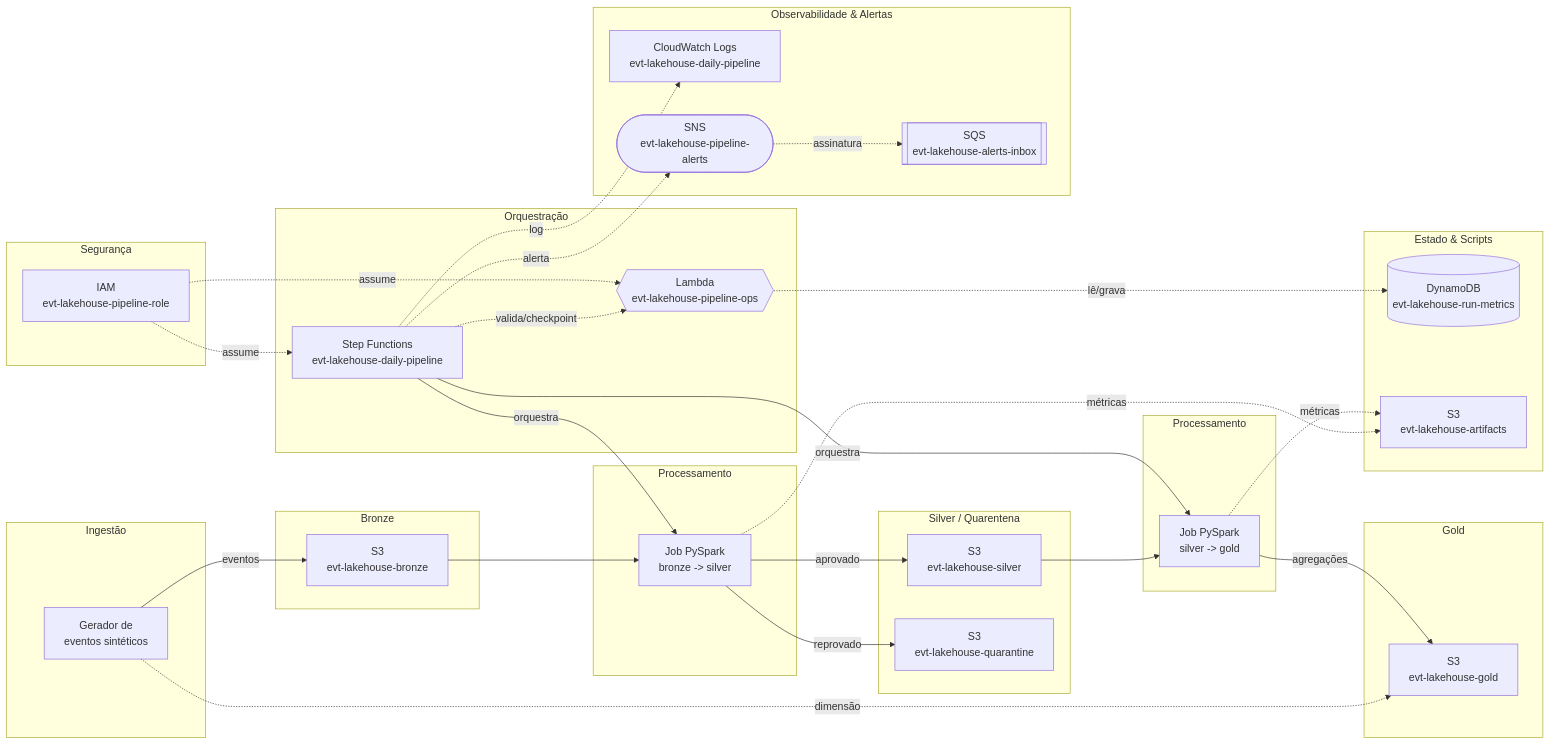
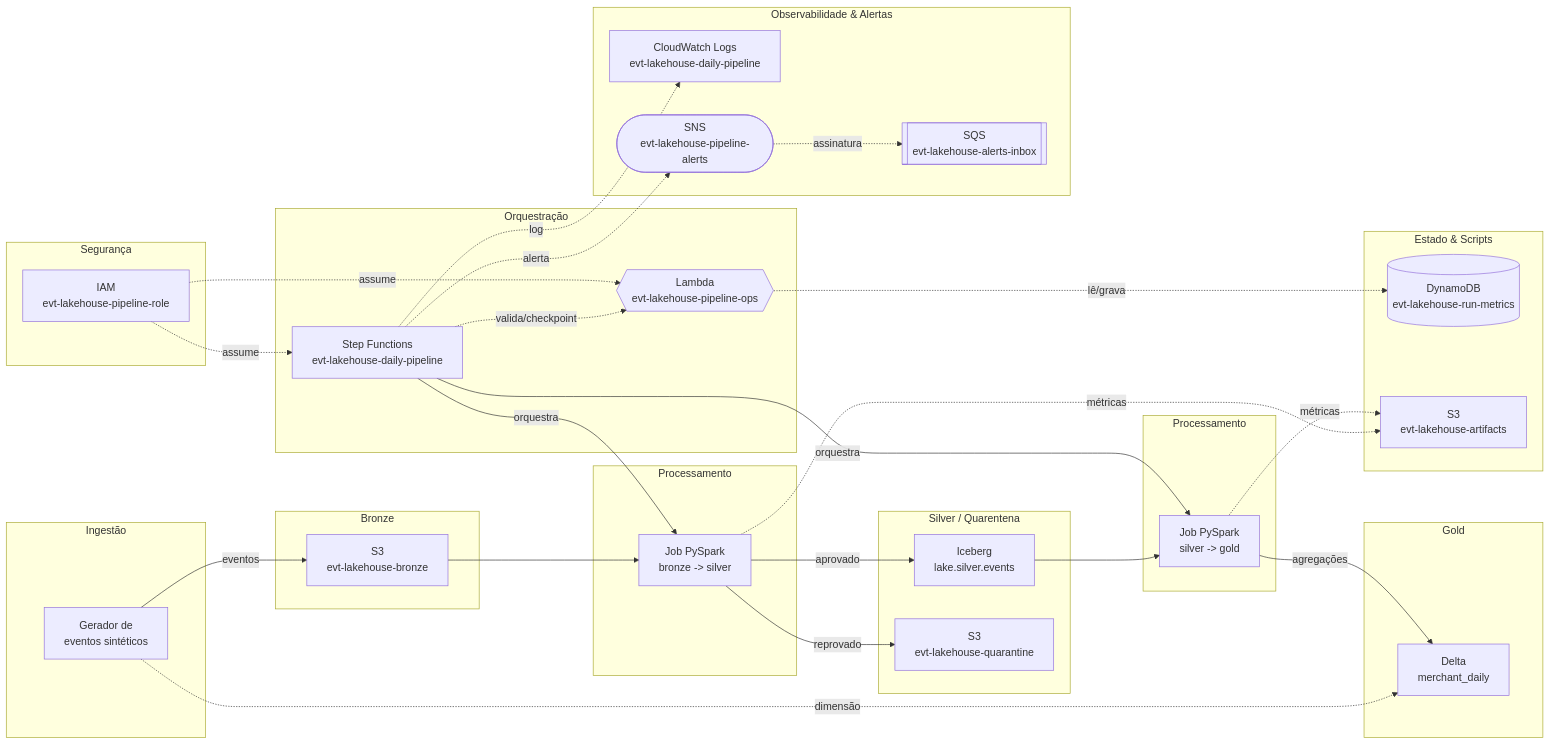
The diagram in README.md (carlosr-data2/lakehouse-de-eventos-de-pagamento-com-contrato-de-dados), drawn with Mermaid before and after one commit. The commit also changed other lines of this file and 18 other files, not shown here.

First line of the commit message:
Open Table Formats: silver em Iceberg, gold em Delta (ADR-010)

````diff
--- a/README.md
+++ b/README.md
@@ -16,68 +17,68 @@
 ```mermaid
 flowchart LR
     subgraph ingestao["Ingestão"]
         fonte["Gerador de<br/>eventos sintéticos"]
     end
 
     subgraph bronze_col["Bronze"]
         bronze["S3<br/>evt-lakehouse-bronze"]
     end
 
     subgraph proc1["Processamento"]
         job1["Job PySpark<br/>bronze -> silver"]
     end
 
     subgraph silver_col["Silver / Quarentena"]
-        silver["S3<br/>evt-lakehouse-silver"]
+        silver["Iceberg<br/>lake.silver.events"]
         quarantine["S3<br/>evt-lakehouse-quarantine"]
     end
 
     subgraph proc2["Processamento"]
         job2["Job PySpark<br/>silver -> gold"]
     end
 
     subgraph gold_col["Gold"]
-        gold["S3<br/>evt-lakehouse-gold"]
+        gold["Delta<br/>merchant_daily"]
     end
 
     subgraph orquestracao["Orquestração"]
         sfn["Step Functions<br/>evt-lakehouse-daily-pipeline"]
         ops{{"Lambda<br/>evt-lakehouse-pipeline-ops"}}
     end
 
     subgraph estado["Estado & Scripts"]
         metrics[("DynamoDB<br/>evt-lakehouse-run-metrics")]
         artifacts["S3<br/>evt-lakehouse-artifacts"]
     end
 
     subgraph alertas["Observabilidade & Alertas"]
         logs["CloudWatch Logs<br/>evt-lakehouse-daily-pipeline"]
         sns(["SNS<br/>evt-lakehouse-pipeline-alerts"])
         sqs[["SQS<br/>evt-lakehouse-alerts-inbox"]]
     end
 
     subgraph seguranca["Segurança"]
         role["IAM<br/>evt-lakehouse-pipeline-role"]
     end
 
     fonte -->|eventos| bronze
     fonte -.->|dimensão| gold
     bronze --> job1
     job1 -->|aprovado| silver
     job1 -->|reprovado| quarantine
     job1 -.->|métricas| artifacts
     silver --> job2
     job2 -->|agregações| gold
     job2 -.->|métricas| artifacts
 
     sfn -->|orquestra| job1
     sfn -->|orquestra| job2
     sfn -.->|valida/checkpoint| ops
     ops -.->|lê/grava| metrics
     sfn -.->|log| logs
     sfn -.->|alerta| sns
     sns -.->|assinatura| sqs
 
     role -.->|assume| sfn
     role -.->|assume| ops
 ```
````
